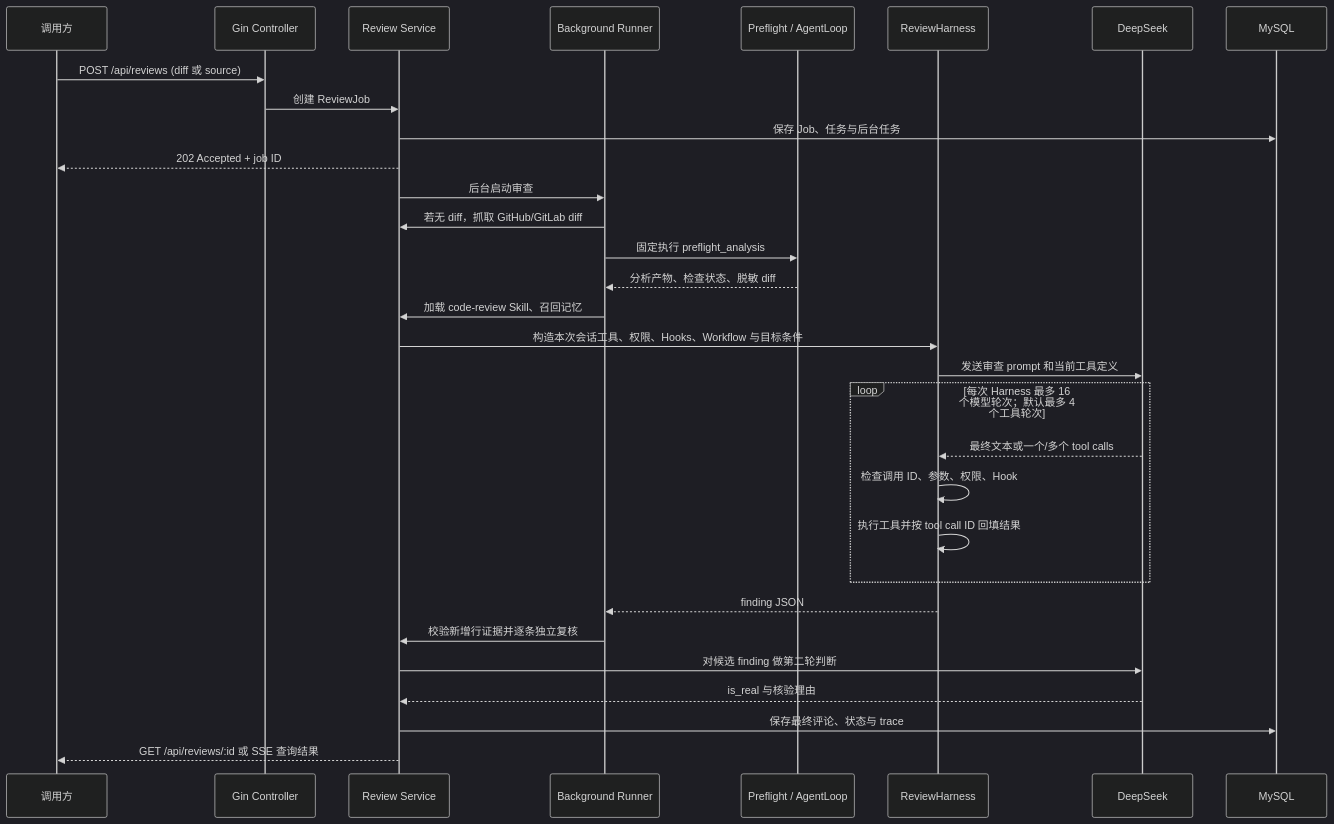
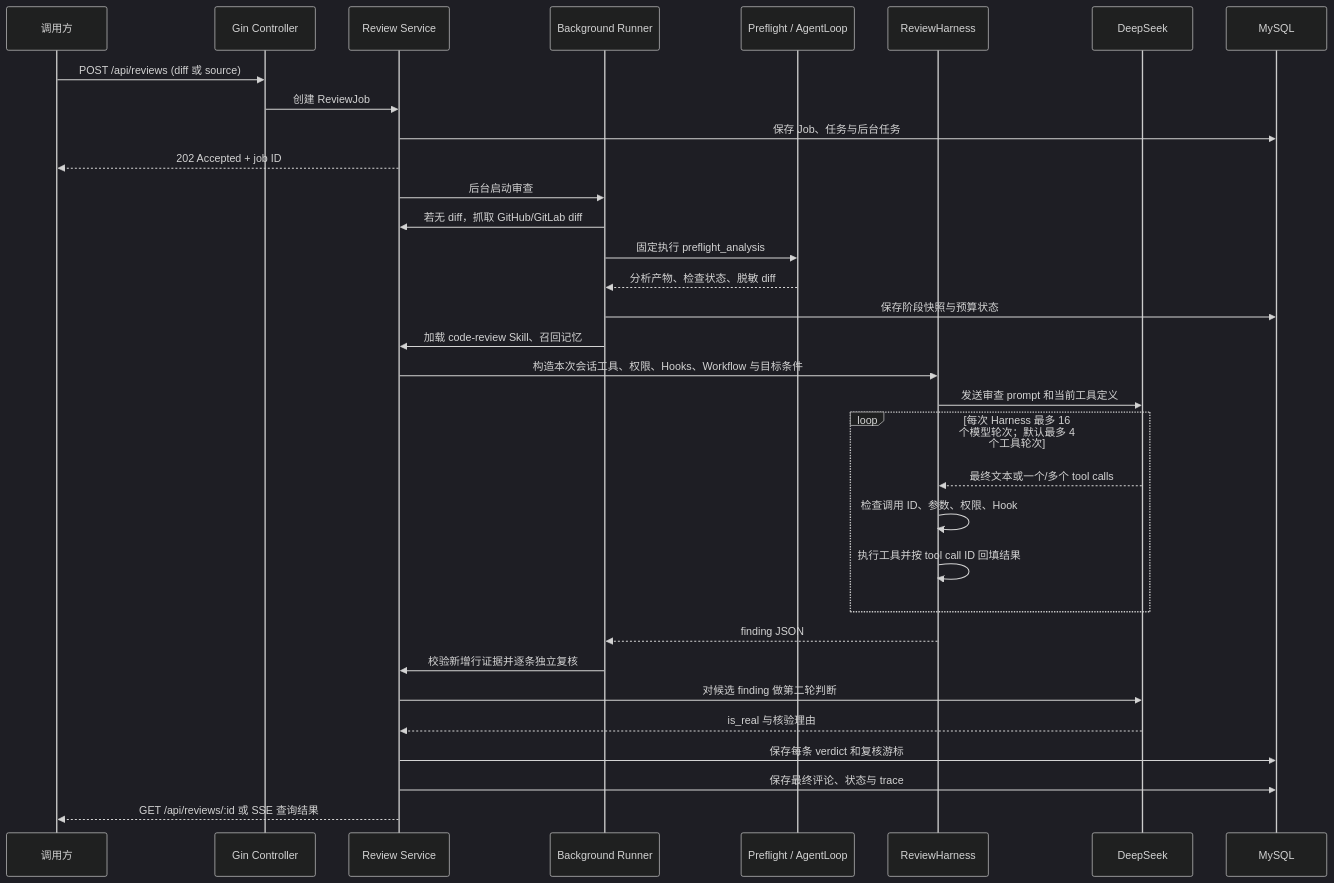
One commit to Dearlimg/CR-Agent changed the diagram in docs/agent-architecture-research.md. Above: the diagram before and after it, drawn with Mermaid (dark theme). The commit also changed other lines of this file and 15 other files, not shown here.

````diff
--- a/docs/agent-architecture-research.md
+++ b/docs/agent-architecture-research.md
@@ -66,34 +66,36 @@
 ```mermaid
 sequenceDiagram
     participant C as 调用方
     participant API as Gin Controller
     participant S as Review Service
     participant BG as Background Runner
     participant P as Preflight / AgentLoop
     participant H as ReviewHarness
     participant M as DeepSeek
     participant DB as MySQL
 
     C->>API: POST /api/reviews (diff 或 source)
     API->>S: 创建 ReviewJob
     S->>DB: 保存 Job、任务与后台任务
     S-->>C: 202 Accepted + job ID
     S->>BG: 后台启动审查
     BG->>S: 若无 diff，抓取 GitHub/GitLab diff
     BG->>P: 固定执行 preflight_analysis
     P-->>BG: 分析产物、检查状态、脱敏 diff
+    BG->>DB: 保存阶段快照与预算状态
     BG->>S: 加载 code-review Skill、召回记忆
     S->>H: 构造本次会话工具、权限、Hooks、Workflow 与目标条件
     H->>M: 发送审查 prompt 和当前工具定义
     loop 每次 Harness 最多 16 个模型轮次；默认最多 4 个工具轮次
         M-->>H: 最终文本或一个/多个 tool calls
         H->>H: 检查调用 ID、参数、权限、Hook
         H->>H: 执行工具并按 tool call ID 回填结果
     end
     H-->>BG: finding JSON
     BG->>S: 校验新增行证据并逐条独立复核
     S->>M: 对候选 finding 做第二轮判断
     M-->>S: is_real 与核验理由
+    S->>DB: 保存每条 verdict 和复核游标
     S->>DB: 保存最终评论、状态与 trace
     S-->>C: GET /api/reviews/:id 或 SSE 查询结果
 ```
````
